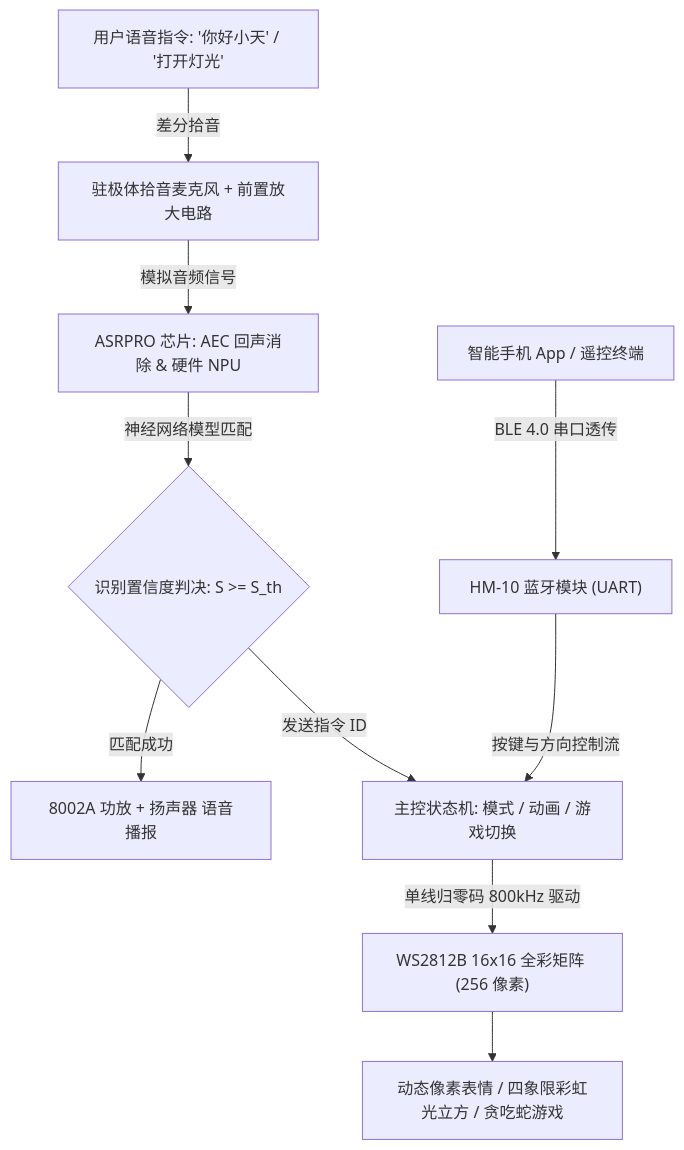
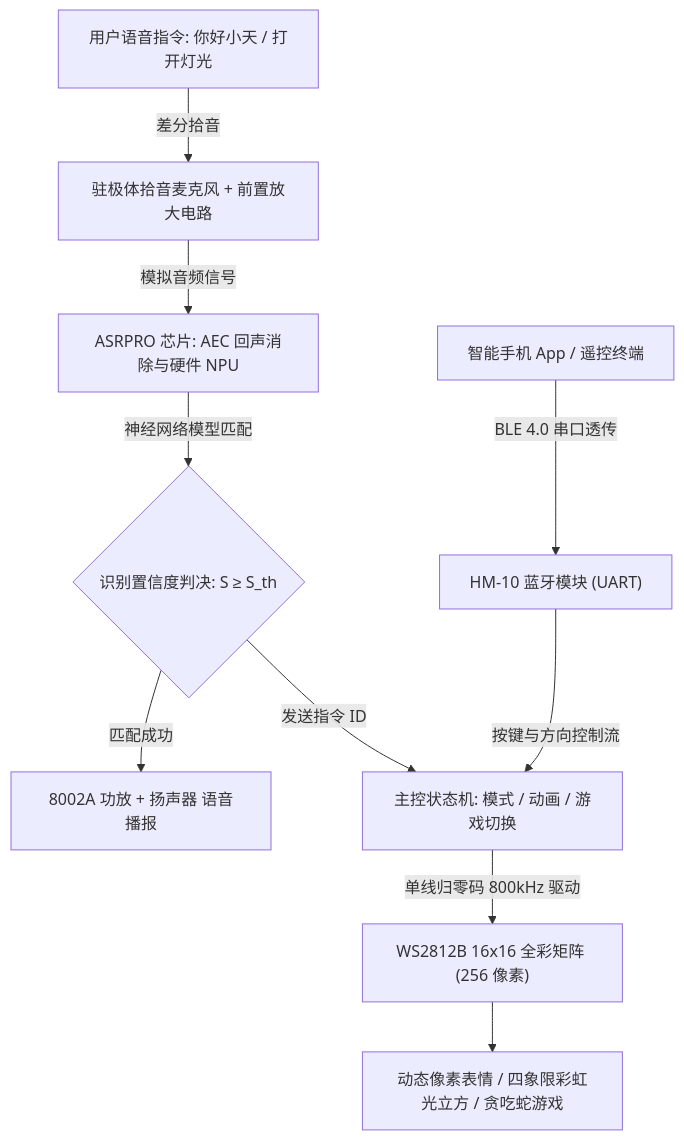
Before and after one commit to DongFengPo1412/Intelligent-Lighting-Control-System-Basic: the diagram in README.md, drawn with Mermaid. The commit also changed other lines of this file and 2 other files, not shown here.

Commit message:
docs: optimize math formulas and mermaid diagrams for GitHub KaTeX and Markdown compatibility

````diff
--- a/README.md
+++ b/README.md
@@ -60,12 +60,12 @@
 ```mermaid
 flowchart TD
-    A["用户语音指令: '你好小天' / '打开灯光'"] -->|差分拾音| B["驻极体拾音麦克风 + 前置放大电路"]
-    B -->|模拟音频信号| C["ASRPRO 芯片: AEC 回声消除 & 硬件 NPU"]
-    C -->|神经网络模型匹配| D{"识别置信度判决: S >= S_th"}
+    A["用户语音指令: 你好小天 / 打开灯光"] -->|差分拾音| B["驻极体拾音麦克风 + 前置放大电路"]
+    B -->|模拟音频信号| C["ASRPRO 芯片: AEC 回声消除与硬件 NPU"]
+    C -->|神经网络模型匹配| D{"识别置信度判决: S ≥ S_th"}
     D -->|匹配成功| E["8002A 功放 + 扬声器 语音播报"]
     D -->|发送指令 ID| F["主控状态机: 模式 / 动画 / 游戏切换"]
     G["智能手机 App / 遥控终端"] -->|BLE 4.0 串口透传| H["HM-10 蓝牙模块 (UART)"]
     H -->|按键与方向控制流| F
     F -->|单线归零码 800kHz 驱动| I["WS2812B 16x16 全彩矩阵 (256 像素)"]
     I --> J["动态像素表情 / 四象限彩虹光立方 / 贪吃蛇游戏"]
 ```
````
